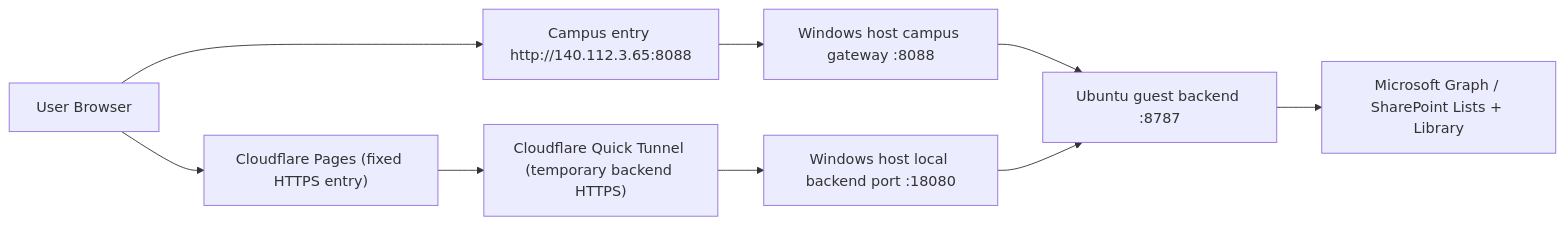
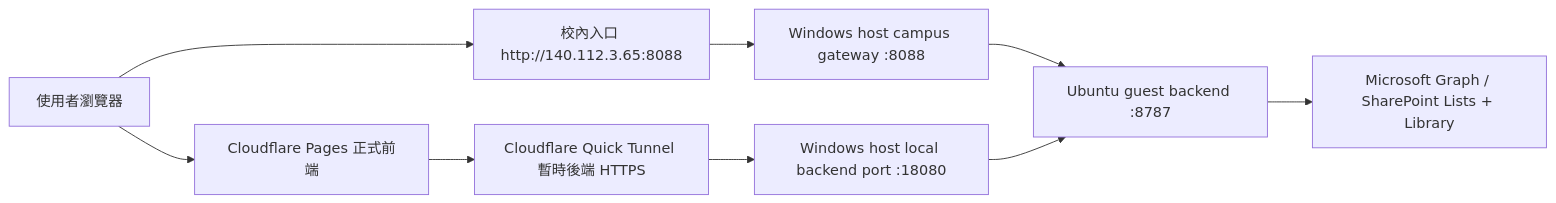
Before and after one commit to Easonwu1983/ISMS-Form-Redesign: the diagram in docs/project-execution-flow.md, drawn with Mermaid. The commit also changed other lines of this file and 1 other file, not shown here.

Commit message:
docs: update handoff and execution flow with latest pages workflow

````diff
--- a/docs/project-execution-flow.md
+++ b/docs/project-execution-flow.md
@@ -7,11 +7,11 @@
 ```mermaid
 flowchart LR
-  A["User Browser"] --> B["Cloudflare Pages (fixed HTTPS entry)"]
-  A --> C["Campus entry http://140.112.3.65:8088"]
-  B --> D["Cloudflare Quick Tunnel (temporary backend HTTPS)"]
+  A["使用者瀏覽器"] --> B["Cloudflare Pages 正式前端"]
+  A --> C["校內入口 http://140.112.3.65:8088"]
+  B --> D["Cloudflare Quick Tunnel 暫時後端 HTTPS"]
   C --> E["Windows host campus gateway :8088"]
   D --> F["Windows host local backend port :18080"]
   E --> G["Ubuntu guest backend :8787"]
   F --> G
   G --> H["Microsoft Graph / SharePoint Lists + Library"]
 ```
````
